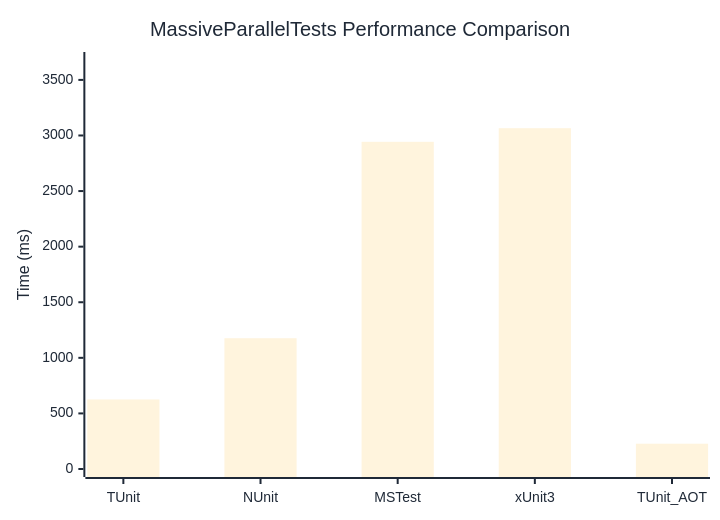
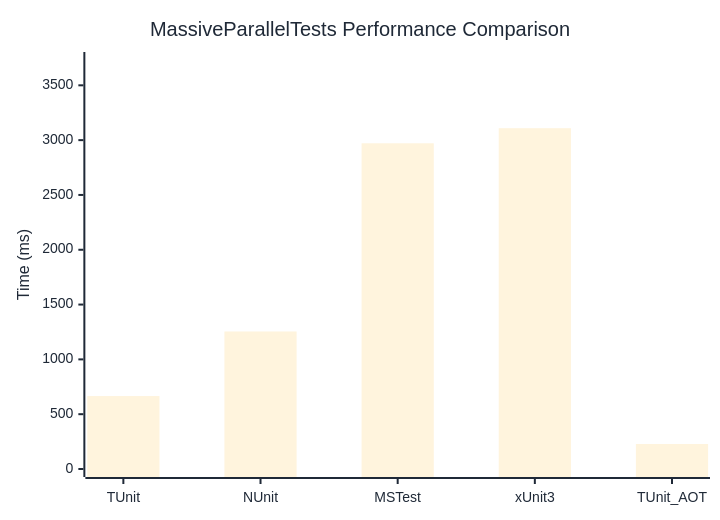
The diagram in docs/docs/benchmarks/MassiveParallelTests.md (thomhurst/TUnit), drawn with Mermaid before and after one commit. The commit also changed other lines of this file and 17 other files, not shown here.

````diff
--- a/docs/docs/benchmarks/MassiveParallelTests.md
+++ b/docs/docs/benchmarks/MassiveParallelTests.md
@@ -27,37 +27,37 @@
 ```mermaid
 %%{init: {
   'theme':'base',
   'themeVariables': {
     'primaryColor': '#2563eb',
     'primaryTextColor': '#1f2937',
     'primaryBorderColor': '#1e40af',
     'lineColor': '#6b7280',
     'secondaryColor': '#7c3aed',
     'tertiaryColor': '#dc2626',
     'background': '#ffffff',
     'mainBkg': '#2563eb',
     'secondBkg': '#7c3aed',
     'tertiaryBkg': '#dc2626',
     'clusterBkg': '#f3f4f6',
     'edgeLabelBackground': '#ffffff',
     'tertiaryTextColor': '#1f2937',
     'pie1': '#2563eb',
     'pie2': '#7c3aed',
     'pie3': '#dc2626',
     'pie4': '#f59e0b',
     'pie5': '#10b981',
     'pie6': '#06b6d4',
     'pie7': '#ec4899',
     'pie8': '#6366f1',
     'pie9': '#84cc16',
     'pie10': '#f97316',
     'pie11': '#14b8a6',
     'pie12': '#a855f7'
   }
 }}%%
 xychart-beta
   title "MassiveParallelTests Performance Comparison"
   x-axis ["TUnit", "NUnit", "MSTest", "xUnit3", "TUnit_AOT"]
-  y-axis "Time (ms)" 0 --> 3679
-  bar [625.5, 1176.4, 2943.1, 3065.6, 227.6]
+  y-axis "Time (ms)" 0 --> 3731
+  bar [665.5, 1254.6, 2971.3, 3108.9, 228]
 ```
````
